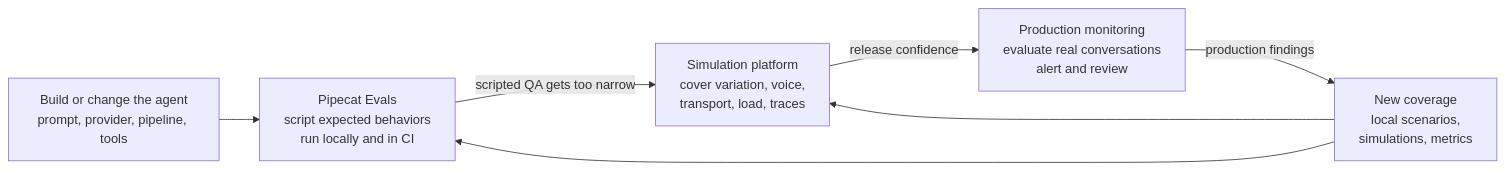
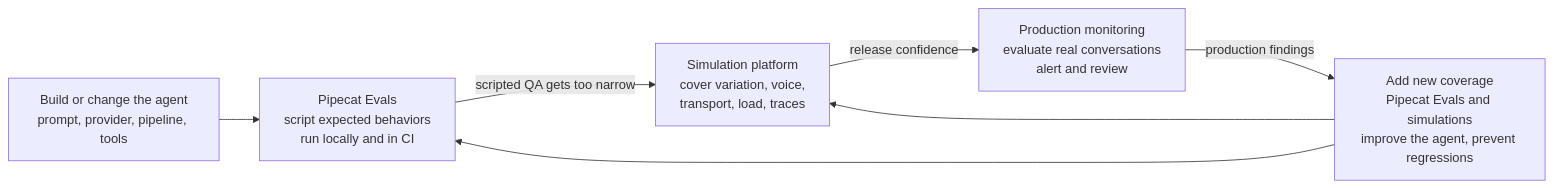
One commit to pipecat-ai/docs changed the diagram in pipecat/evals/lifecycle.mdx. Above: the diagram before and after it, drawn with Mermaid.

Commit message:
Clarify lifecycle feedback coverage

````diff
--- a/pipecat/evals/lifecycle.mdx
+++ b/pipecat/evals/lifecycle.mdx
@@ -25,15 +25,15 @@
 ```mermaid
 flowchart LR
   A["Build or change the agent<br/>prompt, provider, pipeline, tools"]
   B["Pipecat Evals<br/>script expected behaviors<br/>run locally and in CI"]
   C["Simulation platform<br/>cover variation, voice,<br/>transport, load, traces"]
   D["Production monitoring<br/>evaluate real conversations<br/>alert and review"]
-  E["New coverage<br/>local scenarios,<br/>simulations, metrics"]
+  E["Add new coverage<br/>Pipecat Evals and simulations<br/>improve the agent, prevent regressions"]
 
   A --> B
   B -->|"scripted QA gets too narrow"| C
   C -->|"release confidence"| D
   D -->|"production findings"| E
   E --> B
   E --> C
 ```
````
